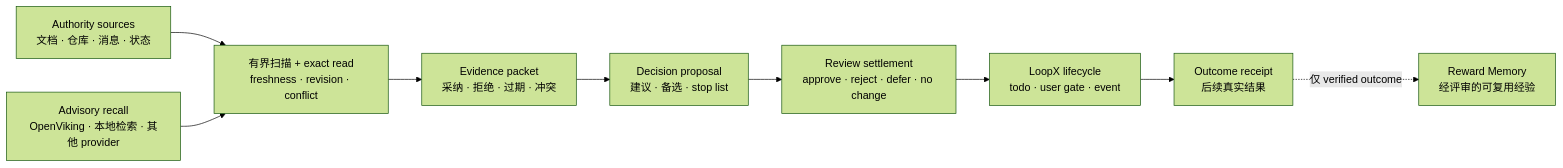
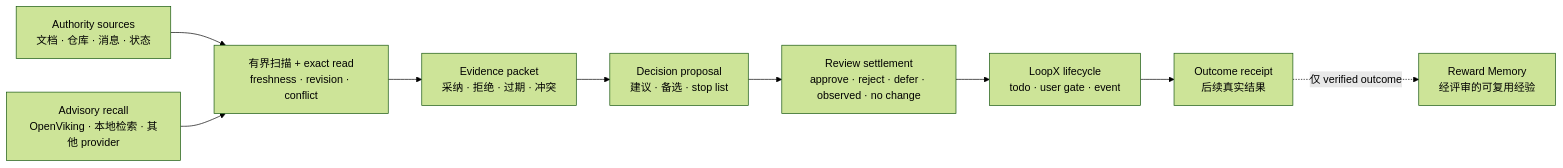
One commit to loopx-project/loopx changed the diagram in loopx/capabilities/decision_context/README.zh-CN.md. Above: the diagram before and after it, drawn with Mermaid (forest theme). The commit also changed other lines of this file and 10 other files, not shown here.

````diff
--- a/loopx/capabilities/decision_context/README.zh-CN.md
+++ b/loopx/capabilities/decision_context/README.zh-CN.md
@@ -27,21 +27,21 @@
 ```mermaid
 flowchart LR
     SOURCES["Authority sources<br/>文档 · 仓库 · 消息 · 状态"]
     RECALL["Advisory recall<br/>OpenViking · 本地检索 · 其他 provider"]
     READ["有界扫描 + exact read<br/>freshness · revision · conflict"]
     EVIDENCE["Evidence packet<br/>采纳 · 拒绝 · 过期 · 冲突"]
     PROPOSAL["Decision proposal<br/>建议 · 备选 · stop list"]
-    REVIEW["Review settlement<br/>approve · reject · defer · no change"]
+    REVIEW["Review settlement<br/>approve · reject · defer · observed · no change"]
     CORE["LoopX lifecycle<br/>todo · user gate · event"]
     OUTCOME["Outcome receipt<br/>后续真实结果"]
     MEMORY["Reward Memory<br/>经评审的可复用经验"]
 
     SOURCES --> READ
     RECALL --> READ
     READ --> EVIDENCE
     EVIDENCE --> PROPOSAL
     PROPOSAL --> REVIEW
     REVIEW --> CORE
     CORE --> OUTCOME
     OUTCOME -. "仅 verified outcome" .-> MEMORY
 ```
````
